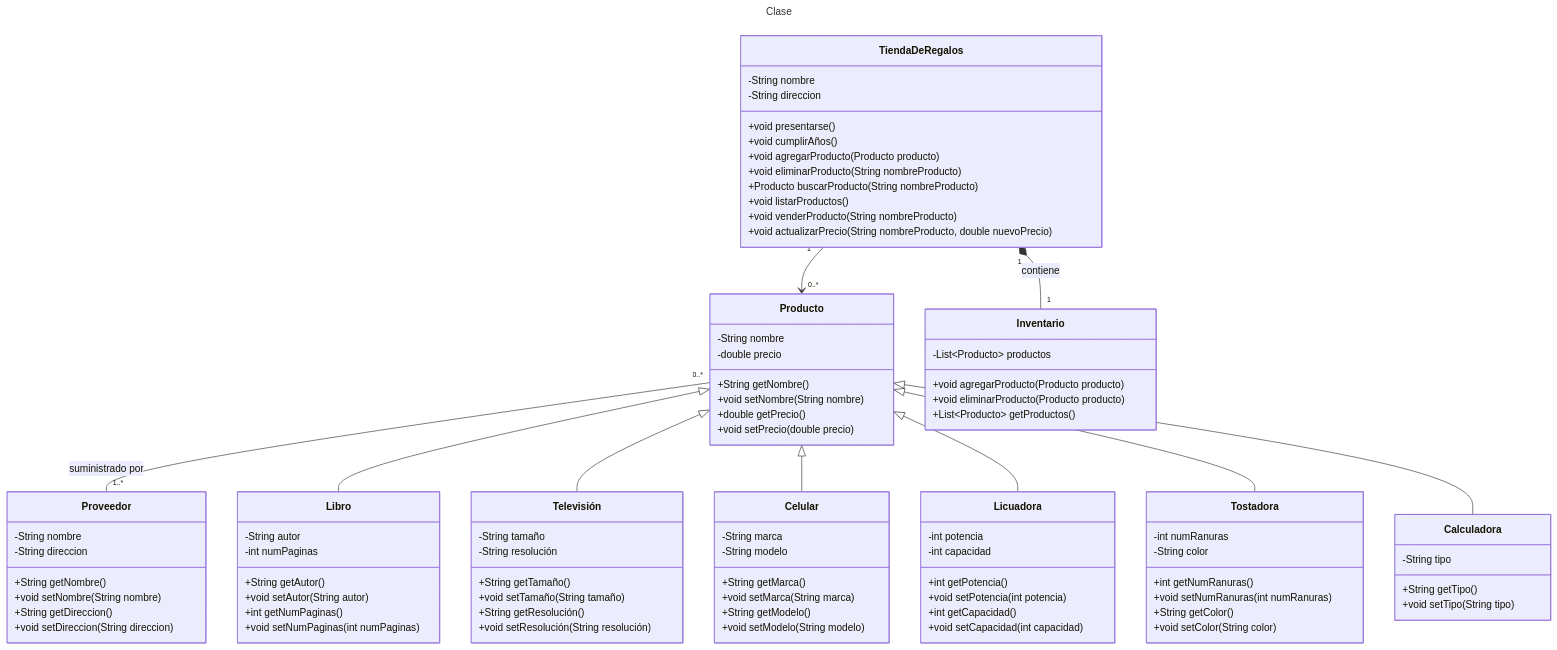
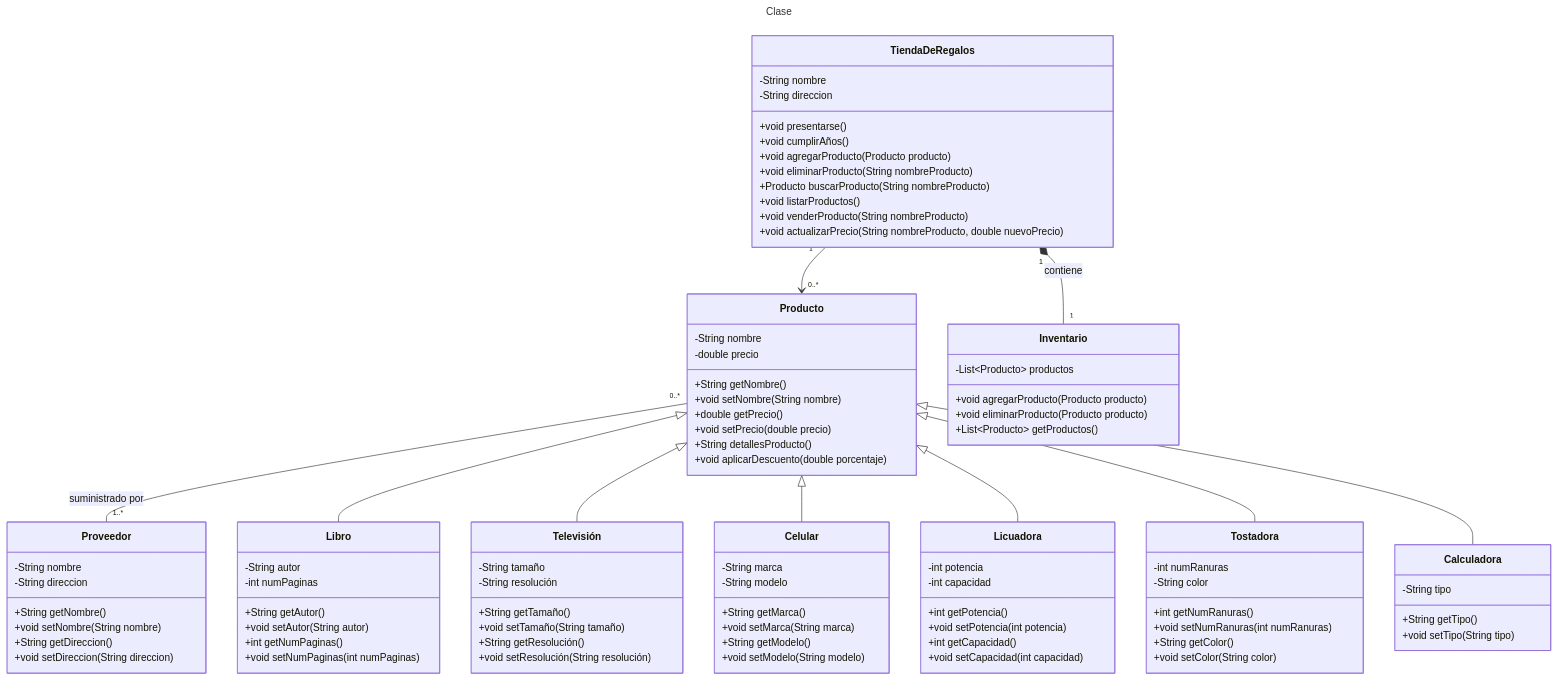
One commit to AED1286-POO-GD-AD24/GHUB.java.AD24.tiendaRegalos-LourdesArmenta-solucion changed the diagram in README.md. Above: the diagram before and after it, drawn with Mermaid. The commit also changed 22 other files, not shown here.

```diff
--- a/README.md
+++ b/README.md
@@ -75,6 +75,8 @@
         +void setNombre(String nombre)
         +double getPrecio()
         +void setPrecio(double precio)
+        +String detallesProducto()
+        +void aplicarDescuento(double porcentaje)
     }
     class Proveedor {
         -String nombre
```
